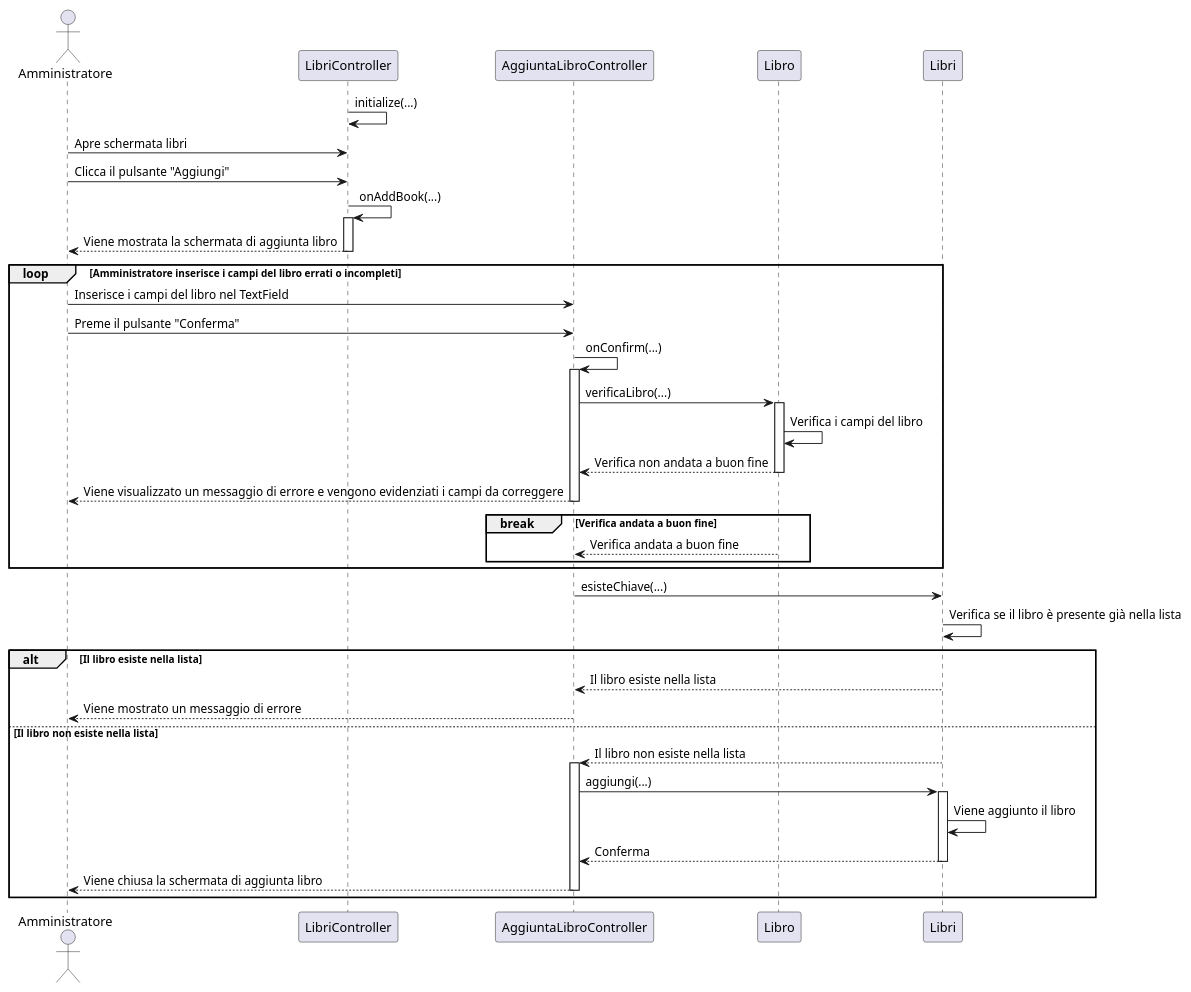
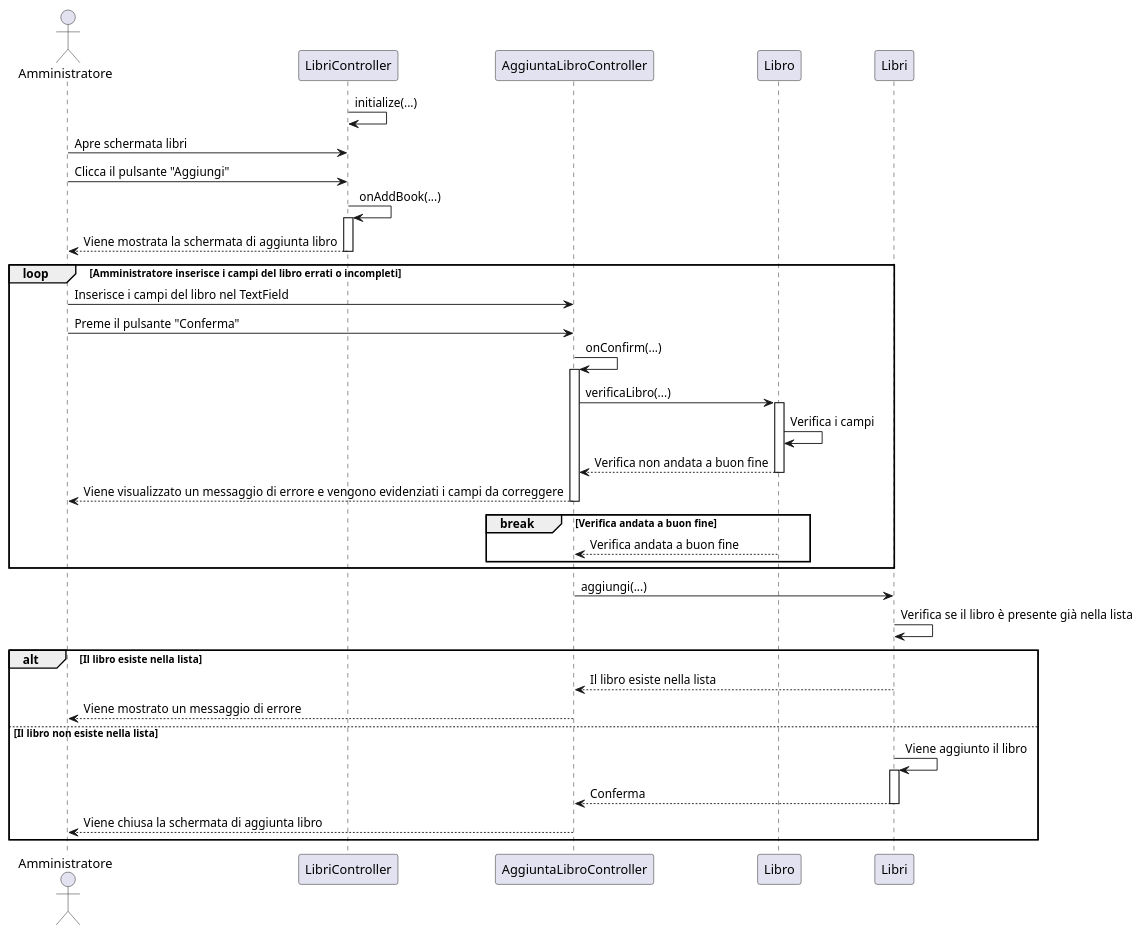
The diagram in documents/DiagrammiUML/DiagrammiDiSequenza/diagrammaC4InserimentoLibro.puml (TitanVoid/ProgSE-Biblioteca), drawn with PlantUML before and after one commit. The commit also changed 13 other files, not shown here.

Commit message:
aggiornamento diagrammi

```diff
--- a/documents/DiagrammiUML/DiagrammiDiSequenza/diagrammaC4InserimentoLibro.puml
+++ b/documents/DiagrammiUML/DiagrammiDiSequenza/diagrammaC4InserimentoLibro.puml
@@ -1,60 +1,54 @@
 @startuml
 
 	actor Amministratore as a
 	participant LibriController as cvl
 	participant AggiuntaLibroController as alc
 	participant Libro as l
 	participant Libri as gl
 
 	cvl->cvl: initialize(...)
 	a->cvl: Apre schermata libri
 	a->cvl: Clicca il pulsante "Aggiungi"
 
 	cvl->cvl: onAddBook(...)
 	activate cvl
 		cvl --> "a": Viene mostrata la schermata di aggiunta libro
 	deactivate cvl
 
 	'Flusso alternativo
 	loop Amministratore inserisce i campi del libro errati o incompleti
 		a->alc: Inserisce i campi del libro nel TextField
 		a->alc: Preme il pulsante "Conferma"
 		alc->alc: onConfirm(...)
 		activate alc
 			alc-> l: verificaLibro(...)
 			activate l
-				l -> l: Verifica i campi del libro
+				l -> l: Verifica i campi
 				l --> alc: Verifica non andata a buon fine
 				deactivate l
 				alc-->a: Viene visualizzato un messaggio di errore e vengono evidenziati i campi da correggere
 			deactivate alc
 		
 		'Condizione di uscita dal loop
 		break Verifica andata a buon fine
 			l --> alc: Verifica andata a buon fine
 		end
 	end
 
-	alc -> gl: esisteChiave(...)
+	alc -> gl: aggiungi(...)
 		 
-			gl -> gl: Verifica se il libro è presente già nella lista
-		
+			gl -> gl: Verifica se il libro è presente già nella lista	
 
 	'Non è possibile inserire due libri uguali quindi ne si verifica l'univocità
 	alt Il libro esiste nella lista		
 		gl-->alc: Il libro esiste nella lista
 		alc-->a: Viene mostrato un messaggio di errore	
 	else Il libro non esiste nella lista
-		gl --> alc: Il libro non esiste nella lista
-		activate alc
-			alc->gl: aggiungi(...)
+		gl->gl: Viene aggiunto il libro
 			activate gl
-				gl->gl: Viene aggiunto il libro
 				gl --> alc: Conferma
-				deactivate gl
-				alc-->a: Viene chiusa la schermata di aggiunta libro
-		deactivate alc
-		
+			deactivate gl
+		alc-->a: Viene chiusa la schermata di aggiunta libro
 	end
 
 @enduml
```
